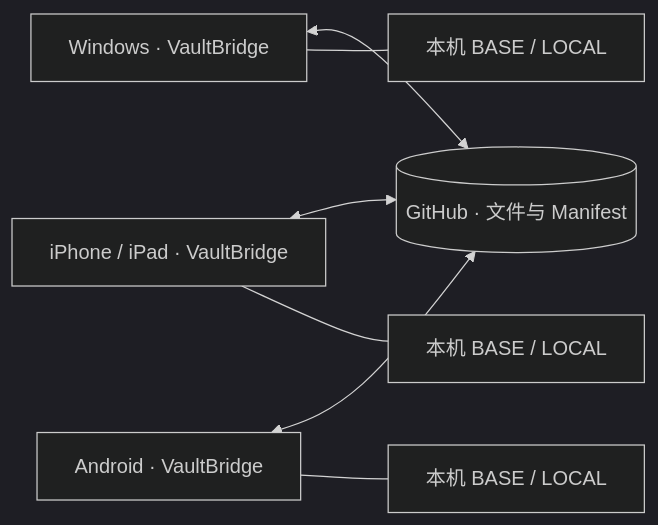
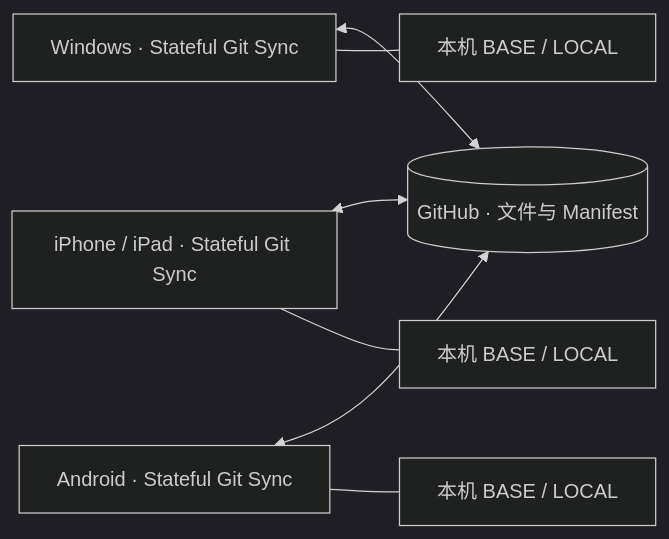
The diagram in README.md (ZainHuang/stateful-git-sync), drawn with Mermaid (dark theme) before and after one commit. The commit also changed other lines of this file and 22 other files, not shown here.

Commit message:
Rename plugin to Stateful Git Sync 1.1.16

````diff
--- a/README.md
+++ b/README.md
@@ -35,9 +35,9 @@
 ```mermaid
 flowchart LR
-    W[Windows · VaultBridge] <--> G[(GitHub · 文件与 Manifest)]
-    I[iPhone / iPad · VaultBridge] <--> G
-    A[Android · VaultBridge] <--> G
+    W[Windows · Stateful Git Sync] <--> G[(GitHub · 文件与 Manifest)]
+    I[iPhone / iPad · Stateful Git Sync] <--> G
+    A[Android · Stateful Git Sync] <--> G
     W --- B1[本机 BASE / LOCAL]
     I --- B2[本机 BASE / LOCAL]
     A --- B3[本机 BASE / LOCAL]
 ```
````
